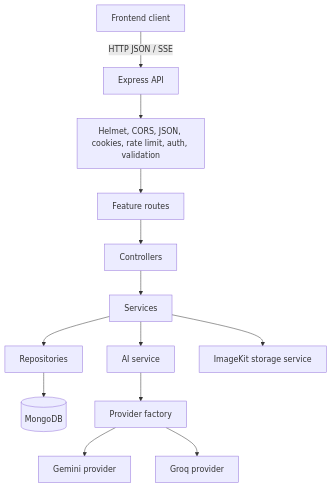
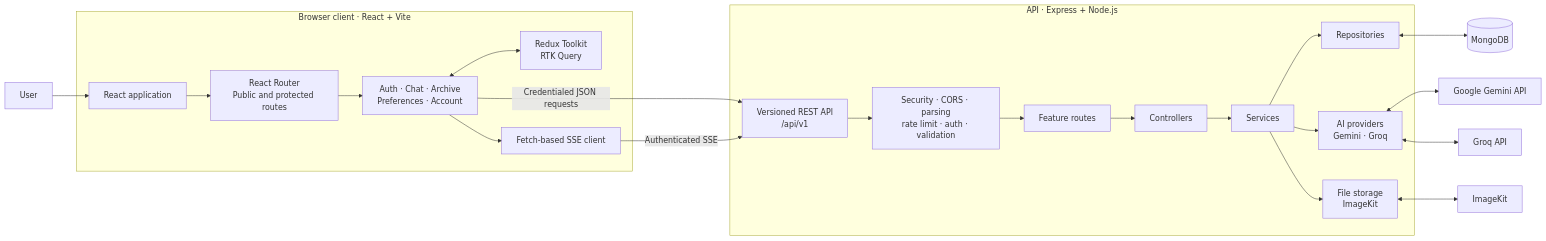
Before and after one commit to ShivanshPawar/aira-ai: the first of 18 diagrams in README.md, drawn with Mermaid. The commit also changed other lines of this file and 6 other files, not shown here.

````diff
--- a/README.md
+++ b/README.md
@@ -110,15 +150,37 @@
 ```mermaid
-flowchart TD
-	Client[Frontend client] -->|HTTP JSON / SSE| Express[Express API]
-	Express --> Middleware[Helmet, CORS, JSON, cookies, rate limit, auth, validation]
-	Middleware --> Routes[Feature routes]
-	Routes --> Controllers[Controllers]
-	Controllers --> Services[Services]
-	Services --> Repositories[Repositories]
-	Repositories --> Mongo[(MongoDB)]
-	Services --> AIService[AI service]
-	AIService --> Factory[Provider factory]
-	Factory --> Gemini[Gemini provider]
-	Factory --> Groq[Groq provider]
-	Services --> Storage[ImageKit storage service]
+flowchart LR
+	User[User] --> Browser
+
+	subgraph Client["Browser client · React + Vite"]
+		Browser[React application]
+		Router[React Router<br/>Public and protected routes]
+		Pages[Auth · Chat · Archive<br/>Preferences · Account]
+		State[Redux Toolkit<br/>RTK Query]
+		Stream[Fetch-based SSE client]
+		Browser --> Router --> Pages
+		Pages <--> State
+		Pages --> Stream
+	end
+
+	subgraph API["API · Express + Node.js"]
+		Express[Versioned REST API<br/>/api/v1]
+		Middleware[Security · CORS · parsing<br/>rate limit · auth · validation]
+		Routes[Feature routes]
+		Controllers[Controllers]
+		Services[Services]
+		Repositories[Repositories]
+		AI[AI providers<br/>Gemini · Groq]
+		Storage[File storage<br/>ImageKit]
+		Express --> Middleware --> Routes --> Controllers --> Services
+		Services --> Repositories
+		Services --> AI
+		Services --> Storage
+	end
+
+	Pages -->|Credentialed JSON requests| Express
+	Stream -->|Authenticated SSE| Express
+	Repositories <--> Mongo[(MongoDB)]
+	AI <--> Gemini[Google Gemini API]
+	AI <--> Groq[Groq API]
+	Storage <--> ImageKit[ImageKit]
 ```
````
